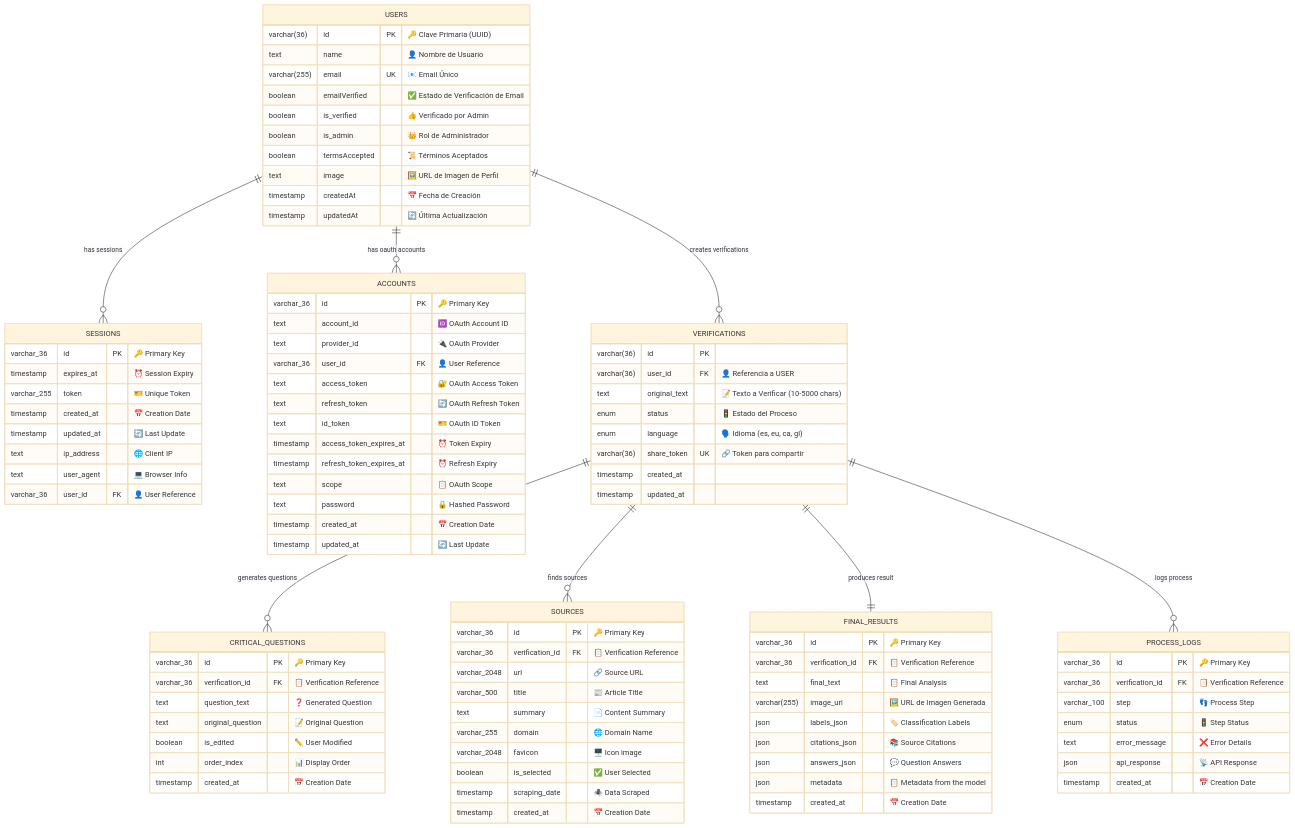
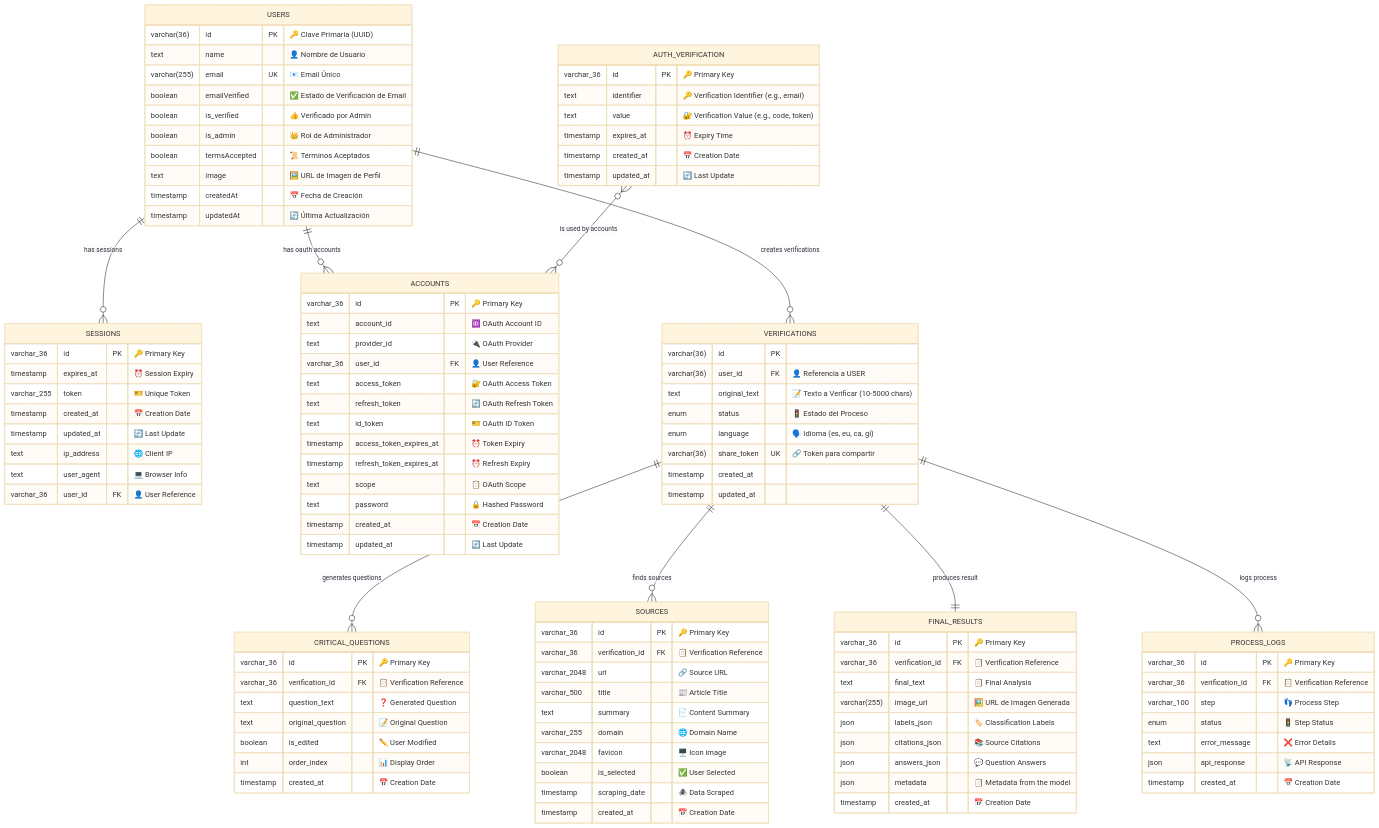
The first of 4 diagrams in docs/DATABASE.md (checkeapp-group/CheckeApp), drawn with Mermaid before and after one commit. The commit also changed other lines of this file and 3 other files, not shown here.

Commit message:
feat: enhance documentation with comprehensive guides for setup, API, and database architecture

```diff
--- a/docs/DATABASE.md
+++ b/docs/DATABASE.md
@@ -60,6 +60,15 @@
         timestamp refresh_token_expires_at "⏰ Refresh Expiry"
         text scope "📋 OAuth Scope"
         text password "🔒 Hashed Password"
+        timestamp created_at "📅 Creation Date"
+        timestamp updated_at "🔄 Last Update"
+    }
+
+    AUTH_VERIFICATION {
+        varchar_36 id PK "🔑 Primary Key"
+        text identifier "🔑 Verification Identifier (e.g., email)"
+        text value "🔐 Verification Value (e.g., code, token)"
+        timestamp expires_at "⏰ Expiry Time"
         timestamp created_at "📅 Creation Date"
         timestamp updated_at "🔄 Last Update"
     }
@@ -126,6 +135,8 @@
     USERS ||--o{ ACCOUNTS : "has oauth accounts"
     USERS ||--o{ VERIFICATIONS : "creates verifications"
 
+    AUTH_VERIFICATION }o--o{ ACCOUNTS : "is used by accounts"
+
     VERIFICATIONS ||--o{ CRITICAL_QUESTIONS : "generates questions"
     VERIFICATIONS ||--o{ SOURCES : "finds sources"
     VERIFICATIONS ||--|| FINAL_RESULTS : "produces result"
```
